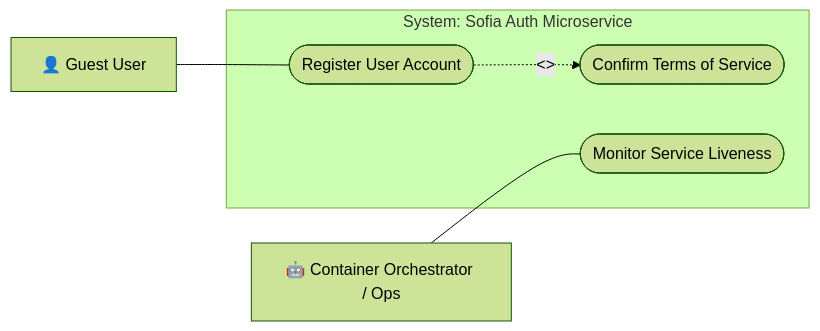
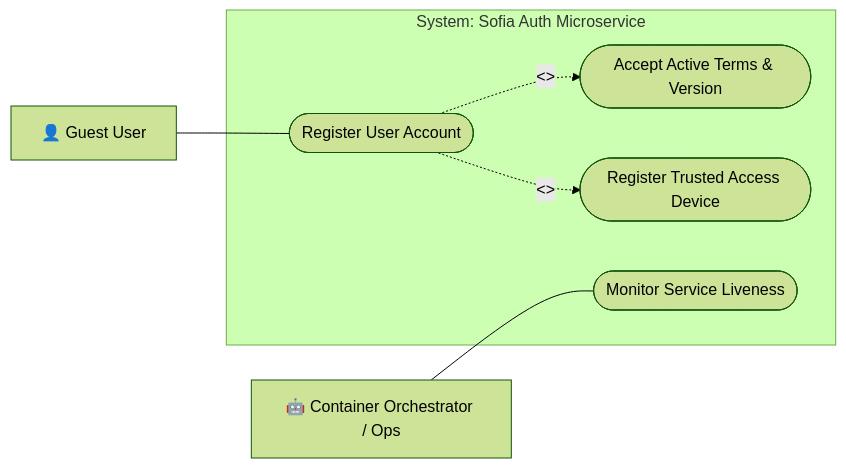
Before and after one commit to pedrovtof/Nievo-Sofia: the diagram in Documentation/config/docs/business-rules/auth-use-cases.md, drawn with Mermaid (forest theme). The commit also changed other lines of this file and 32 other files, not shown here.

First line of the commit message:
feat(auth): complete user signup with encryption, terms, and device

````diff
--- a/Documentation/config/docs/business-rules/auth-use-cases.md
+++ b/Documentation/config/docs/business-rules/auth-use-cases.md
@@ -10,20 +10,22 @@
 ```mermaid
 flowchart LR
     %% Actors
     actor_guest["👤 Guest User"]
     actor_ops["🤖 Container Orchestrator / Ops"]
 
     %% System Boundary
     subgraph AuthSystem ["System: Sofia Auth Microservice"]
         uc_signup(["Register User Account"])
-        uc_accept_terms(["Confirm Terms of Service"])
+        uc_accept_terms(["Accept Active Terms & Version"])
+        uc_register_device(["Register Trusted Access Device"])
         uc_health(["Monitor Service Liveness"])
 
         %% Include relationships
         uc_signup -.->|"<<include>>"| uc_accept_terms
+        uc_signup -.->|"<<include>>"| uc_register_device
     end
 
     %% Actor Associations
     actor_guest --- uc_signup
     actor_ops --- uc_health
 ```
````
